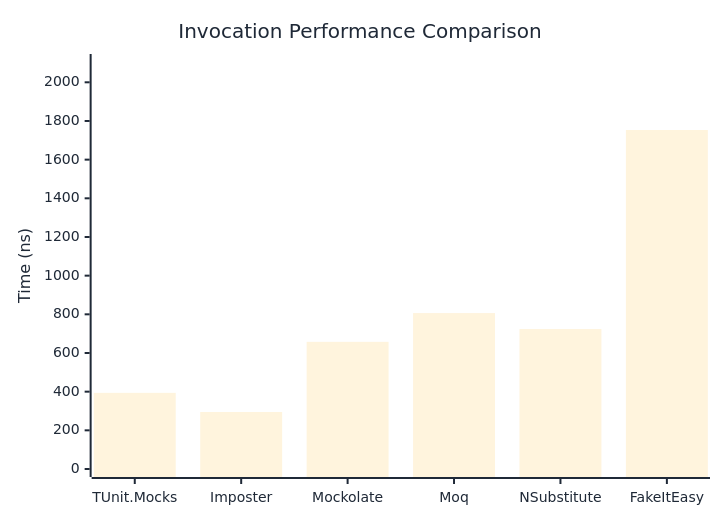
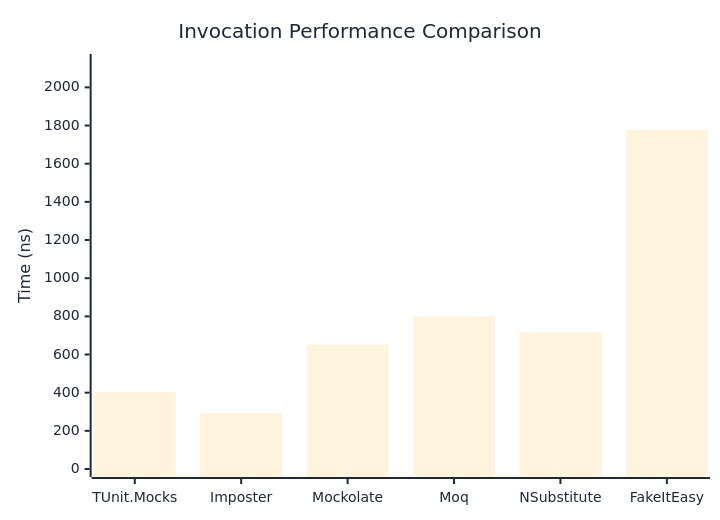
The first of 3 diagrams in docs/docs/benchmarks/mocks/Invocation.md (thomhurst/TUnit), drawn with Mermaid before and after one commit. The commit also changed other lines of this file and 14 other files, not shown here.

````diff
--- a/docs/docs/benchmarks/mocks/Invocation.md
+++ b/docs/docs/benchmarks/mocks/Invocation.md
@@ -28,27 +28,27 @@
 ```mermaid
 %%{init: {
   'theme':'base',
   'themeVariables': {
     'primaryColor': '#2563eb',
     'primaryTextColor': '#1f2937',
     'primaryBorderColor': '#1e40af',
     'lineColor': '#6b7280',
     'secondaryColor': '#7c3aed',
     'tertiaryColor': '#dc2626',
     'background': '#ffffff',
     'pie1': '#2563eb',
     'pie2': '#7c3aed',
     'pie3': '#dc2626',
     'pie4': '#f59e0b',
     'pie5': '#10b981',
     'pie6': '#06b6d4',
     'pie7': '#ec4899',
     'pie8': '#6366f1'
   }
 }}%%
 xychart-beta
   title "Invocation Performance Comparison"
   x-axis ["TUnit.Mocks", "Imposter", "Mockolate", "Moq", "NSubstitute", "FakeItEasy"]
-  y-axis "Time (ns)" 0 --> 2105
-  bar [393.9, 294.8, 657.7, 806.4, 723.8, 1753.4]
+  y-axis "Time (ns)" 0 --> 2133
+  bar [403.7, 292.7, 652.4, 798.9, 716, 1776.7]
 ```
````
